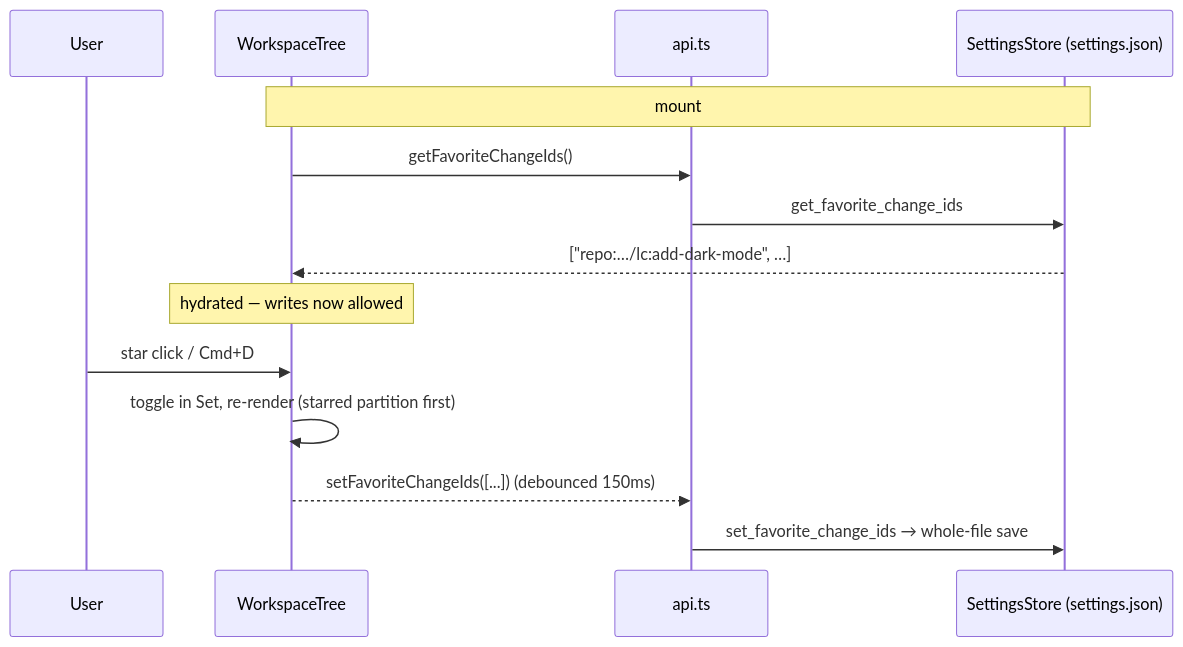
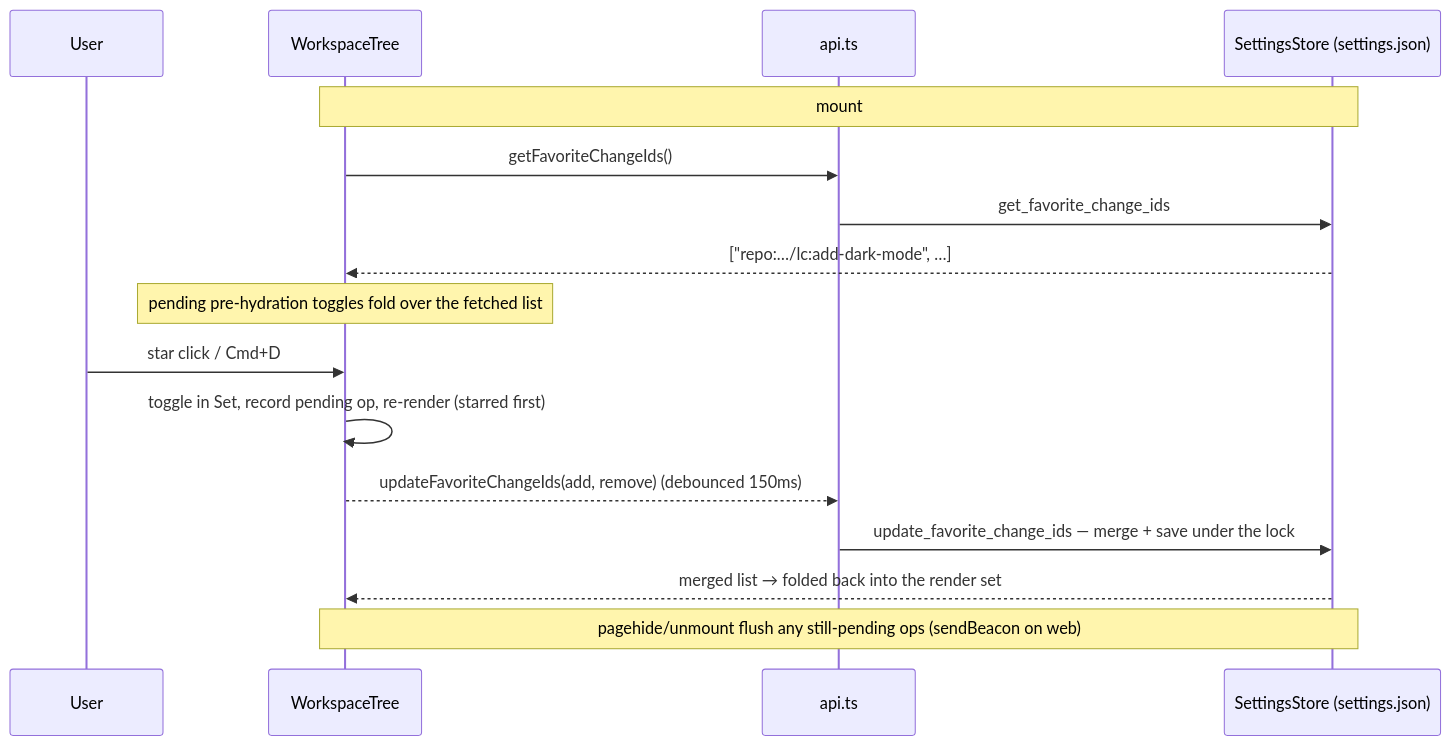
The diagram in openspec/changes/favorite-changes/design.md (avantmedialtd/specforge), drawn with Mermaid before and after one commit. The commit also changed other lines of this file and 11 other files, not shown here.

````diff
--- a/openspec/changes/favorite-changes/design.md
+++ b/openspec/changes/favorite-changes/design.md
@@ -80,16 +84,18 @@
 ```mermaid
 sequenceDiagram
     participant U as User
     participant T as WorkspaceTree
     participant A as api.ts
     participant S as SettingsStore (settings.json)
     Note over T,S: mount
     T->>A: getFavoriteChangeIds()
     A->>S: get_favorite_change_ids
     S-->>T: ["repo:…/lc:add-dark-mode", …]
-    Note over T: hydrated — writes now allowed
+    Note over T: pending pre-hydration toggles fold over the fetched list
     U->>T: star click / Cmd+D
-    T->>T: toggle in Set, re-render (starred partition first)
-    T-->>A: setFavoriteChangeIds([...]) (debounced 150ms)
-    A->>S: set_favorite_change_ids → whole-file save
+    T->>T: toggle in Set, record pending op, re-render (starred first)
+    T-->>A: updateFavoriteChangeIds(add, remove) (debounced 150ms)
+    A->>S: update_favorite_change_ids — merge + save under the lock
+    S-->>T: merged list → folded back into the render set
+    Note over T,S: pagehide/unmount flush any still-pending ops (sendBeacon on web)
 ```
````
